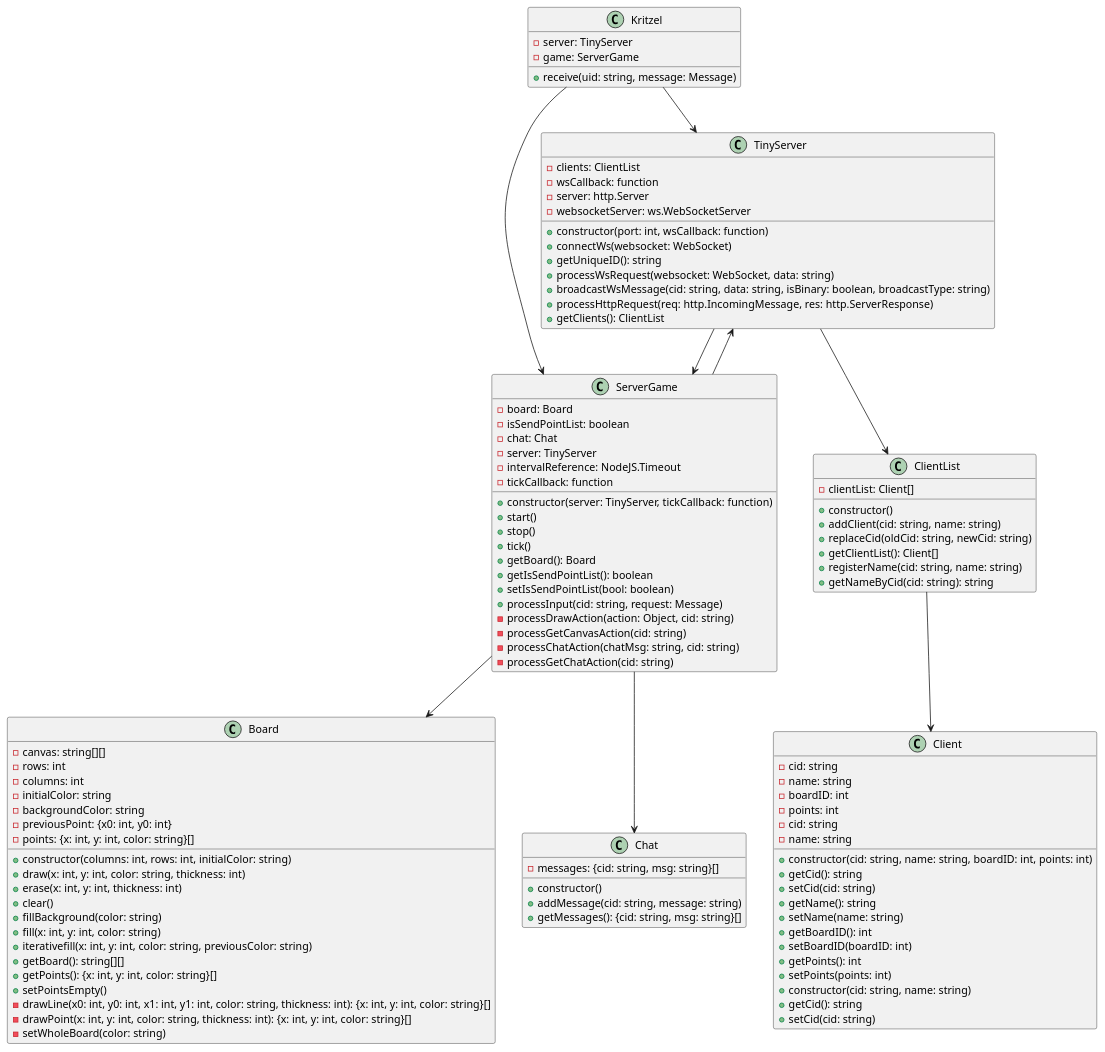
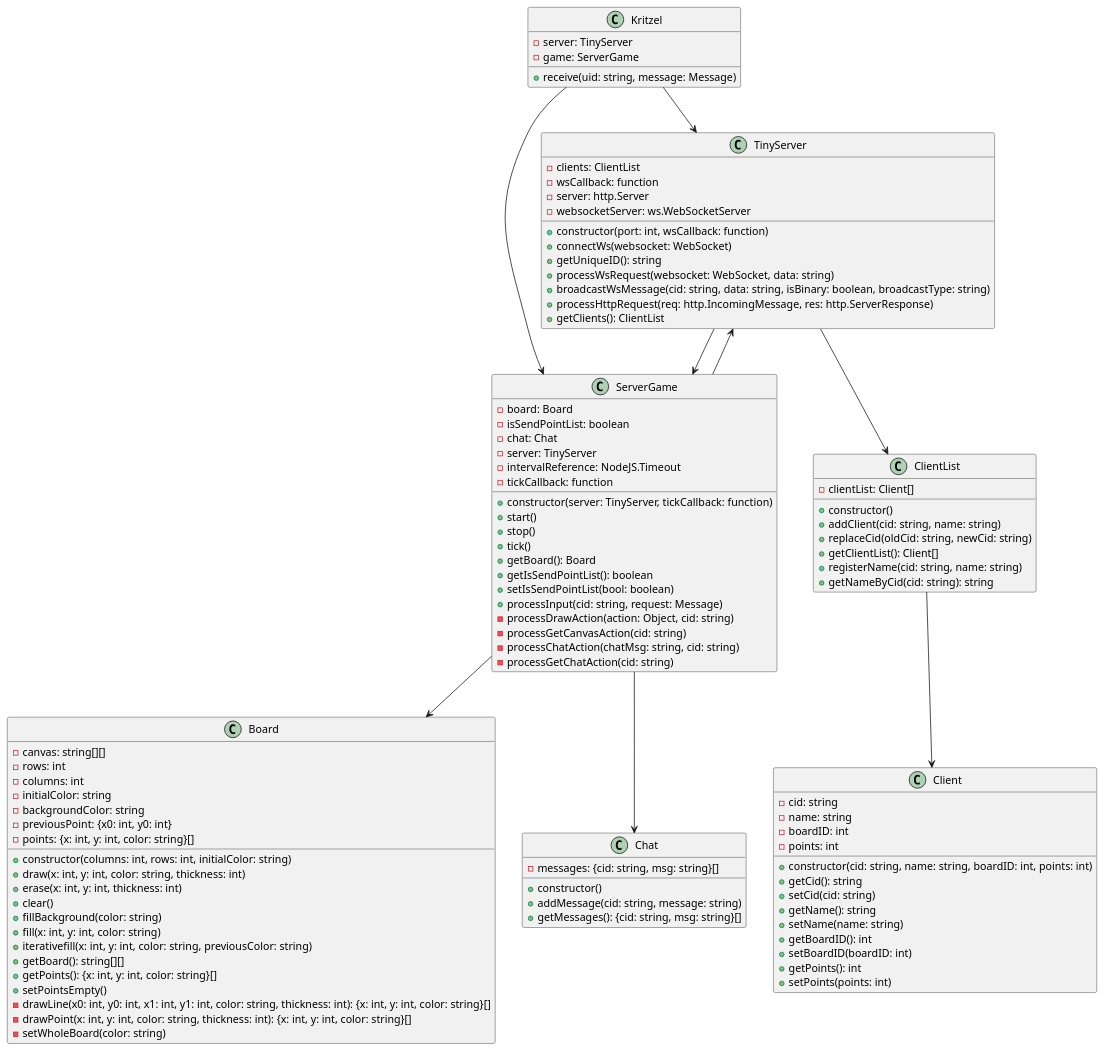
The diagram in docs/UML Diagramme/CDBackend.wsd (mhdbaselar/Kritzel), drawn with PlantUML before and after one commit.

Commit message:
fehler in Klassendiagramm Backend angepasst

```diff
--- a/docs/UML Diagramme/CDBackend.wsd
+++ b/docs/UML Diagramme/CDBackend.wsd
@@ -1,115 +1,108 @@
 @startuml CDBackend
 class Kritzel {
     - server: TinyServer
     - game: ServerGame
     + receive(uid: string, message: Message)
 
 }
 class TinyServer {
     - clients: ClientList
     - wsCallback: function
     - server: http.Server
     - websocketServer: ws.WebSocketServer
     + constructor(port: int, wsCallback: function)
     + connectWs(websocket: WebSocket)
     + getUniqueID(): string
     + processWsRequest(websocket: WebSocket, data: string)
     + broadcastWsMessage(cid: string, data: string, isBinary: boolean, broadcastType: string)
     + processHttpRequest(req: http.IncomingMessage, res: http.ServerResponse)
     + getClients(): ClientList
 }
 
 class ServerGame {
     - board: Board
     - isSendPointList: boolean
     - chat: Chat
     - server: TinyServer
     - intervalReference: NodeJS.Timeout
     - tickCallback: function
     + constructor(server: TinyServer, tickCallback: function)
     + start()
     + stop()
     + tick()
     + getBoard(): Board
     + getIsSendPointList(): boolean
     + setIsSendPointList(bool: boolean)
     + processInput(cid: string, request: Message)
     - processDrawAction(action: Object, cid: string)
     - processGetCanvasAction(cid: string)
     - processChatAction(chatMsg: string, cid: string)
     - processGetChatAction(cid: string)
 }
 
 class ClientList {
     - clientList: Client[]
     + constructor()
     + addClient(cid: string, name: string)
     + replaceCid(oldCid: string, newCid: string)
     + getClientList(): Client[]
     + registerName(cid: string, name: string)
     + getNameByCid(cid: string): string
 }
+
 class Client {
     - cid: string
     - name: string
     - boardID: int
     - points: int
     + constructor(cid: string, name: string, boardID: int, points: int)
     + getCid(): string
     + setCid(cid: string)
     + getName(): string
     + setName(name: string)
     + getBoardID(): int
     + setBoardID(boardID: int)
     + getPoints(): int
     + setPoints(points: int)
-}
-
-class Client {
-    - cid: string
-    - name: string
-    + constructor(cid: string, name: string)
-    + getCid(): string
-    + setCid(cid: string)
 }
 
 class Board {
     - canvas: string[][]
     - rows: int
     - columns: int
     - initialColor: string
     - backgroundColor: string
     - previousPoint: {x0: int, y0: int}
     - points: {x: int, y: int, color: string}[]
     + constructor(columns: int, rows: int, initialColor: string)
     + draw(x: int, y: int, color: string, thickness: int)
     + erase(x: int, y: int, thickness: int)
     + clear()
     + fillBackground(color: string)
     + fill(x: int, y: int, color: string)
     + iterativefill(x: int, y: int, color: string, previousColor: string)
     + getBoard(): string[][]
     + getPoints(): {x: int, y: int, color: string}[]
     + setPointsEmpty()
     - drawLine(x0: int, y0: int, x1: int, y1: int, color: string, thickness: int): {x: int, y: int, color: string}[]
     - drawPoint(x: int, y: int, color: string, thickness: int): {x: int, y: int, color: string}[]
     - setWholeBoard(color: string)
 }
 
 class Chat {
     - messages: {cid: string, msg: string}[]
     + constructor()
     + addMessage(cid: string, message: string)
     + getMessages(): {cid: string, msg: string}[]
 }
 
 Kritzel --> TinyServer
 Kritzel --> ServerGame
 TinyServer --> ClientList
 TinyServer --> ServerGame
 ServerGame --> Board
 ServerGame --> Chat
 ServerGame --> TinyServer
 ClientList --> Client
 
 @enduml
```
